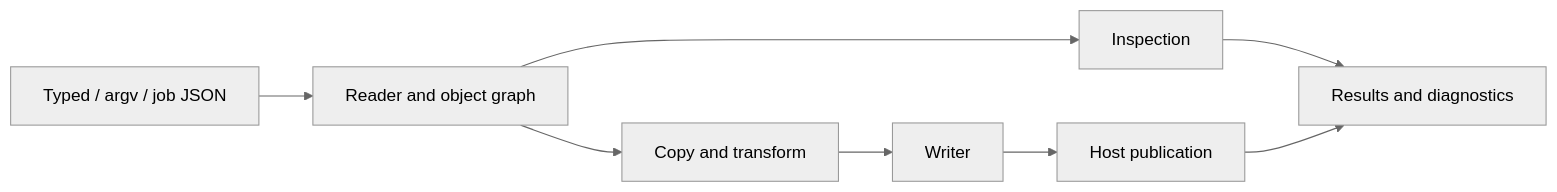
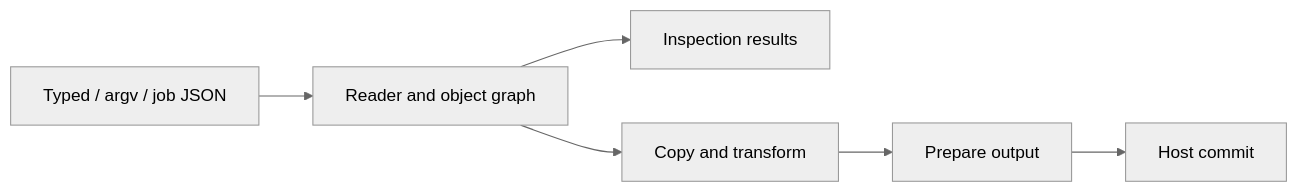
Before and after one commit to Lokad/qpdf: the diagram in docs/ARCHITECTURE.md, drawn with Mermaid (neutral theme). The commit also changed other lines of this file and 1 other file, not shown here.

Commit message:
Docs: condense architecture and supported profile

````diff
--- a/docs/ARCHITECTURE.md
+++ b/docs/ARCHITECTURE.md
@@ -51,10 +10,8 @@
 ```mermaid
 flowchart LR
     Entry[Typed / argv / job JSON] --> Reader[Reader and object graph]
-    Reader --> Inspect[Inspection]
+    Reader --> Inspect[Inspection results]
     Reader --> Transform[Copy and transform]
-    Transform --> Writer[Writer]
-    Writer --> Host[Host publication]
-    Inspect --> Result[Results and diagnostics]
-    Host --> Result
+    Transform --> Writer[Prepare output]
+    Writer --> Host[Host commit]
 ```
````
